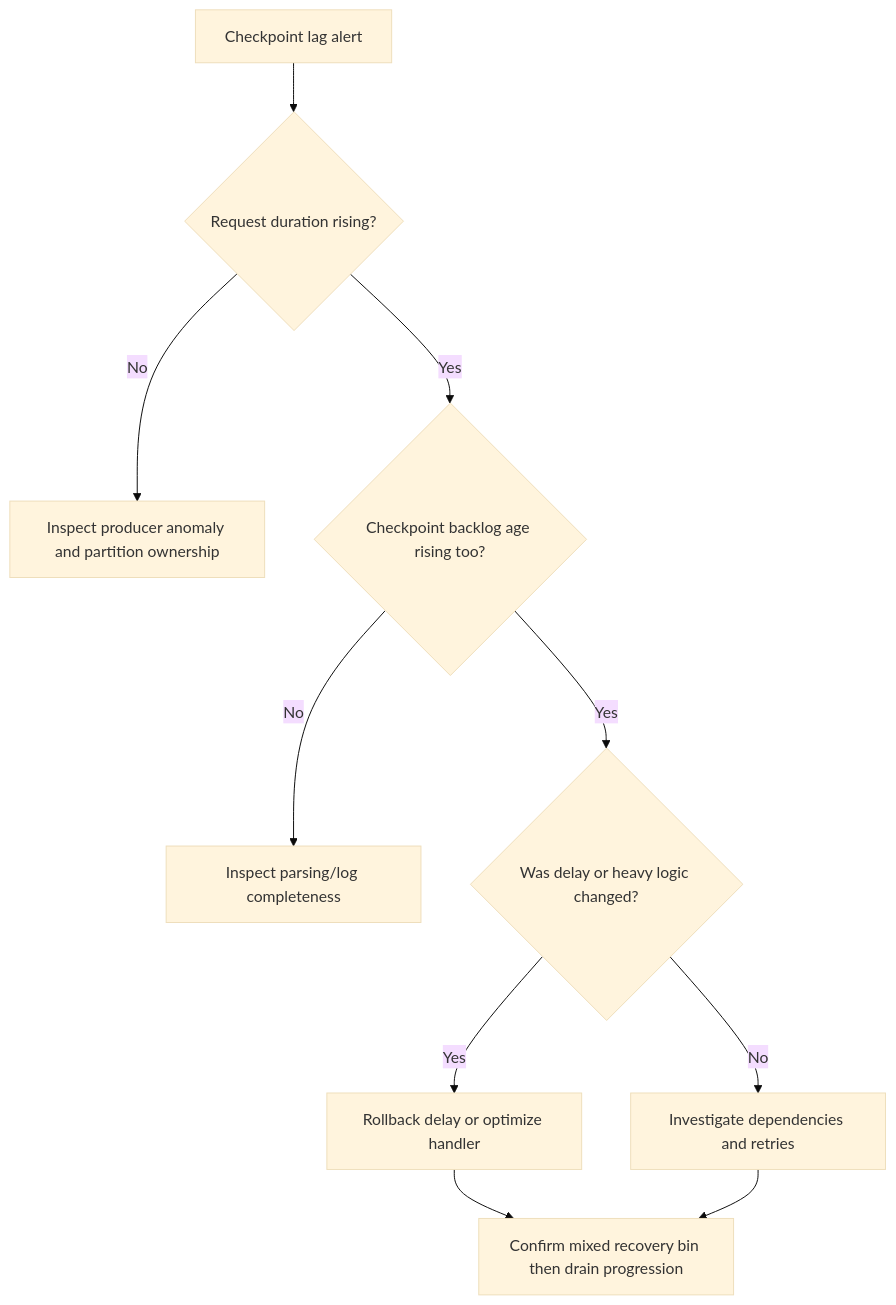
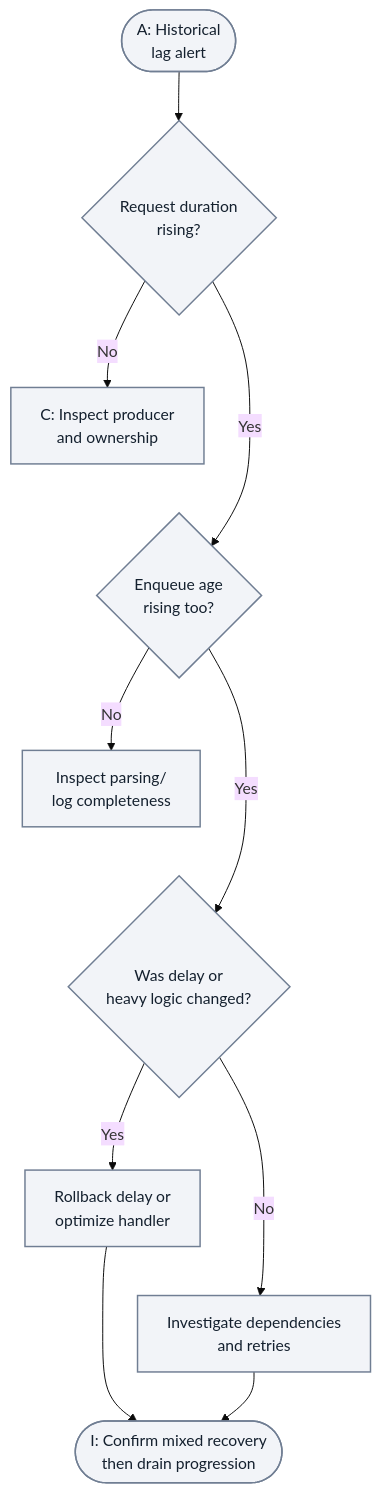
One commit to yeongseon/azure-functions-practical-guide changed the fourth of 5 diagrams in docs/troubleshooting/lab-guides/event-hub-checkpoint-lag.md. Above: the diagram before and after it, drawn with Mermaid (base theme). The commit also changed other lines of this file and 1 other file, not shown here.

First line of the commit message:
docs(diagrams): migrate Functions lab messaging and triggers — event hub checkpoint lag (#435)

````diff
--- a/docs/troubleshooting/lab-guides/event-hub-checkpoint-lag.md
+++ b/docs/troubleshooting/lab-guides/event-hub-checkpoint-lag.md
@@ -792,12 +811,20 @@
 ```mermaid
 flowchart TD
-    A[Checkpoint lag alert] --> B{Request duration rising?}
-    B -->|No| C[Inspect producer anomaly and partition ownership]
-    B -->|Yes| D{Checkpoint backlog age rising too?}
-    D -->|No| E["Inspect parsing/log completeness"]
-    D -->|Yes| F{Was delay or heavy logic changed?}
-    F -->|Yes| G[Rollback delay or optimize handler]
-    F -->|No| H[Investigate dependencies and retries]
-    G --> I[Confirm mixed recovery bin then drain progression]
+    accTitle: Processing-delay triage decisions
+    accDescr: Historical lag-alert routing preserves each Yes and No outcome: producer and ownership checks, parsing checks, handler rollback or optimization, dependency and retry investigation, then recovery checks on the two mitigation paths. Enqueue age is not a durable checkpoint measurement.
+    A(["A: Historical<br/>lag alert"]) --> B{"Request duration<br/>rising?"}
+    B -->|No| C["C: Inspect producer<br/>and ownership"]
+    B -->|Yes| D{"Enqueue age<br/>rising too?"}
+    D -->|No| E["Inspect parsing/<br/>log completeness"]
+    D -->|Yes| F{"Was delay or<br/>heavy logic changed?"}
+    F -->|Yes| G["Rollback delay or<br/>optimize handler"]
+    F -->|No| H["Investigate dependencies<br/>and retries"]
+    G --> I(["I: Confirm mixed recovery<br/>then drain progression"])
     H --> I
+    %% Layout-only links tier the branches; they add no diagnostic steps or arrows.
+    C ~~~ D
+    E ~~~ F
+    G ~~~ H
+    classDef neutral fill:#f2f4f8,stroke:#707e93,stroke-width:1.5px,color:#14202e;
+    class A,B,C,D,E,F,G,H,I neutral;
 ```
````
